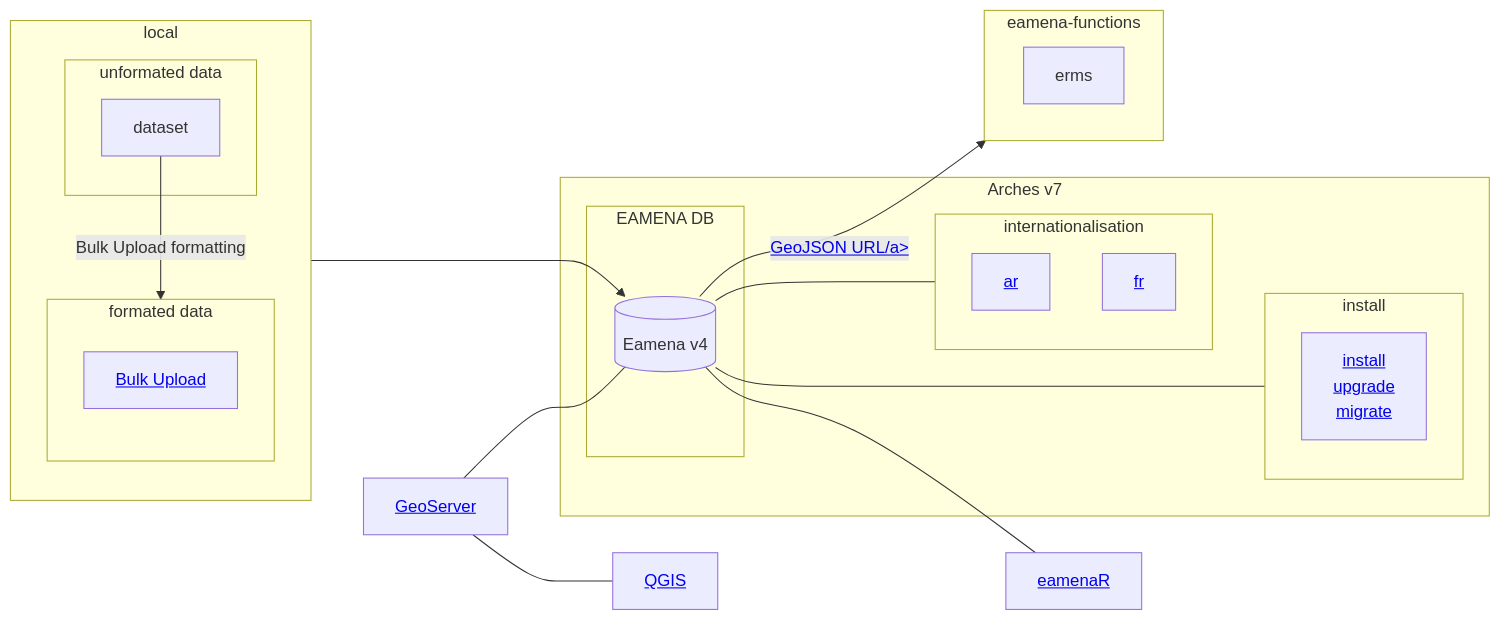
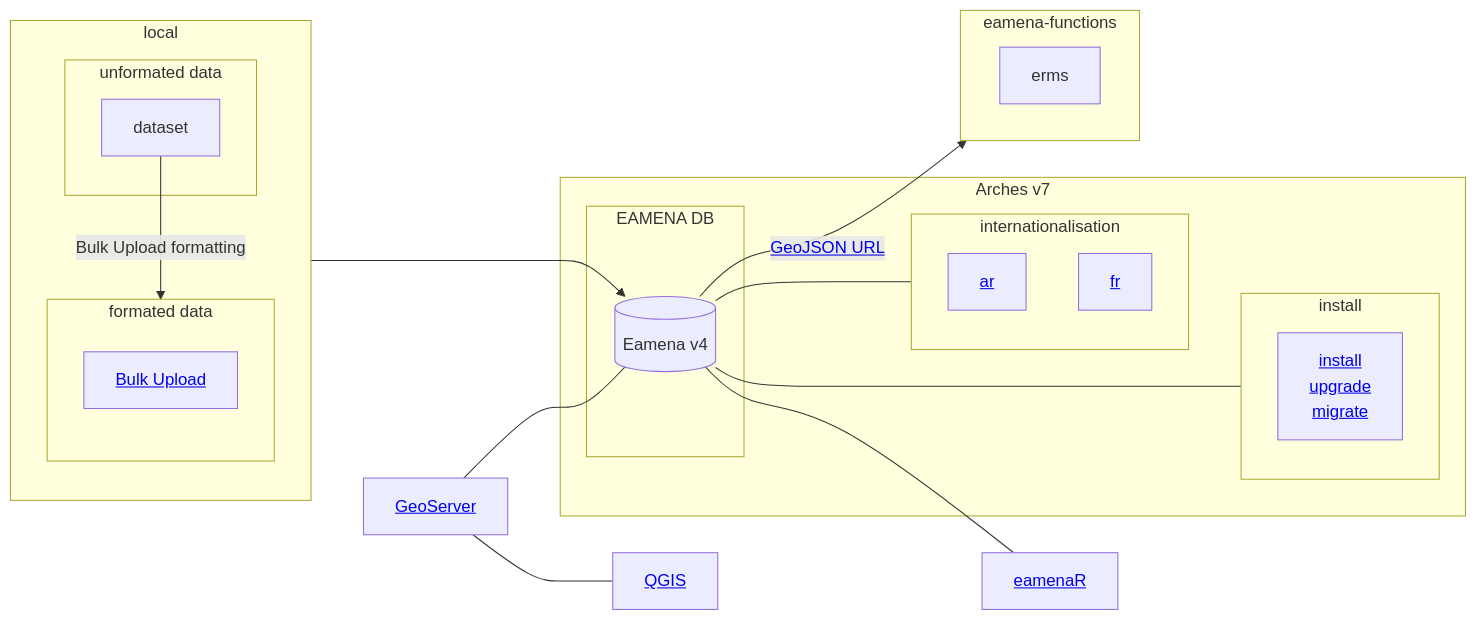
Before and after one commit to eamena-project/eamena-arches-dev: the diagram in dbs/database.eamena/README.md, drawn with Mermaid.

Commit message:
workflow db

````diff
--- a/dbs/database.eamena/README.md
+++ b/dbs/database.eamena/README.md
@@ -5,36 +5,36 @@
 ```mermaid
 flowchart LR
   subgraph Arches v7
     subgraph EAMENA DB
     ea[(Eamena v4)]
     end
     subgraph internationalisation
       id6[<a href='https://github.com/eamena-project/eamena-arches-dev/tree/main/dbs/database.eamena/internationalisation'>ar</a>];
       id7[<a href='https://github.com/eamena-project/eamena-arches-dev/tree/main/dbs/database.eamena/internationalisation'>fr</a>];
     end 
     subgraph install
       id8[<a href='https://github.com/eamena-project/eamena-arches-dev/tree/main/dbs/database.eamena/install'>install<br>upgrade<br>migrate</a>];
     end 
   end
   id3[<a href='https://github.com/eamena-project/eamena-arches-dev/tree/main/geoserver'>GeoServer</a>] --- ea;
   id3 --- id4[<a href='https://github.com/eamena-project/eamena-arches-dev/tree/main/gis/qgis'>QGIS</a>];
   subgraph local
     direction TB
     subgraph unformated data
       id9A[dataset]
     end
     subgraph formated data
       direction TB
       id9A -- Bulk Upload formatting --> id9B[<a href='https://github.com/eamena-project/eamena-arches-dev/tree/main/data/bulk#readme'>Bulk Upload</a>]
       id9B ---> ea;
     end
   end
   subgraph eamena-functions
     direction LR
     idf1[erms]
   end
-  ea -- <a href='query#url'>GeoJSON URL/a> --> idf1
+  ea -- <a href='query#url'>GeoJSON URL</a> --> idf1
   ea --- id5[<a href='https://github.com/eamena-project/eamenaR'>eamenaR</a>];
   ea --- internationalisation
   ea <--- install
 ```
````
